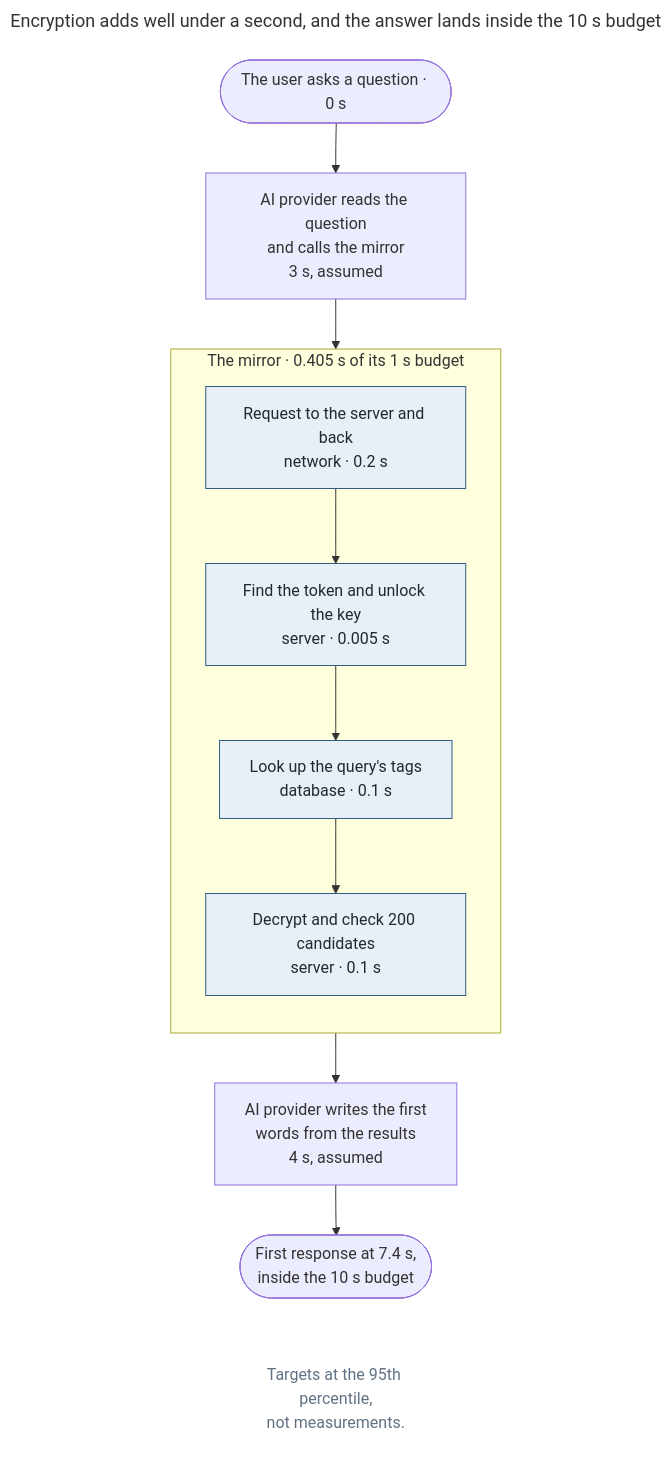
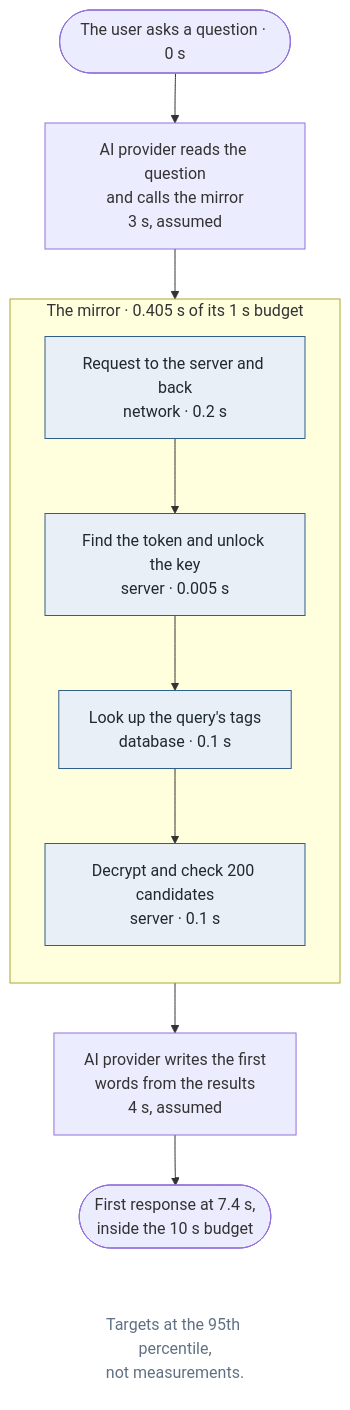
One commit to ajs-consult-llc/mirror-encryption-rfc changed the diagram in diagrams/latency-budget-targets-at-the-95th-percentile-not-measurements.mmd. Above: the diagram before and after it, drawn with Mermaid. The commit also changed 40 other files, not shown here.

First line of the commit message:
Diagrams: the doc's own pictures, with the Mermaid in an appendix

```diff
--- a/diagrams/latency-budget-targets-at-the-95th-percentile-not-measurements.mmd
+++ b/diagrams/latency-budget-targets-at-the-95th-percentile-not-measurements.mmd
@@ -1,18 +1,15 @@
----
-title: "Encryption adds well under a second, and the answer lands inside the 10 s budget"
----
 flowchart TB
   accTitle: Encryption adds well under a second, and the answer lands inside the 10-second budget
   accDescr: Question to first response is 7.4 seconds at the 95th percentile, of which the mirror is 0.405 seconds. These are targets, not measurements. The AI provider reads the question and calls the mirror in an assumed 3 seconds. The mirror then takes 0.405 seconds of its 1-second budget: 0.2 seconds for the request to the server and back over the network, 0.005 seconds on the server to find the token and unlock the key, 0.1 seconds in the database to look up the query's tags, and 0.1 seconds on the server to decrypt and check 200 candidates. The AI provider then writes the first words from the results in an assumed 4 seconds, so the first response arrives at 7.4 seconds, inside the 10-second budget.
   Q(["The user asks a question · 0 s"]) --> A["AI provider reads the question<br/>and calls the mirror<br/>3 s, assumed"]
   A --> M
   subgraph M["The mirror · 0.405 s of its 1 s budget"]
     direction TB
     M1["Request to the server and back<br/>network · 0.2 s"] --> M2["Find the token and unlock the key<br/>server · 0.005 s"] --> M3["Look up the query's tags<br/>database · 0.1 s"] --> M4["Decrypt and check 200 candidates<br/>server · 0.1 s"]
   end
   M --> W["AI provider writes the first<br/>words from the results<br/>4 s, assumed"]
   W --> F(["First response at 7.4 s,<br/>inside the 10 s budget"])
   F ~~~ N["Targets at the 95th percentile,<br/>not measurements."]:::note
   classDef mirror stroke:#2f5f86,fill:#e8eff6,color:#1f2933
   class M1,M2,M3,M4 mirror
   classDef note fill:none,stroke:none,color:#5f7183
```
